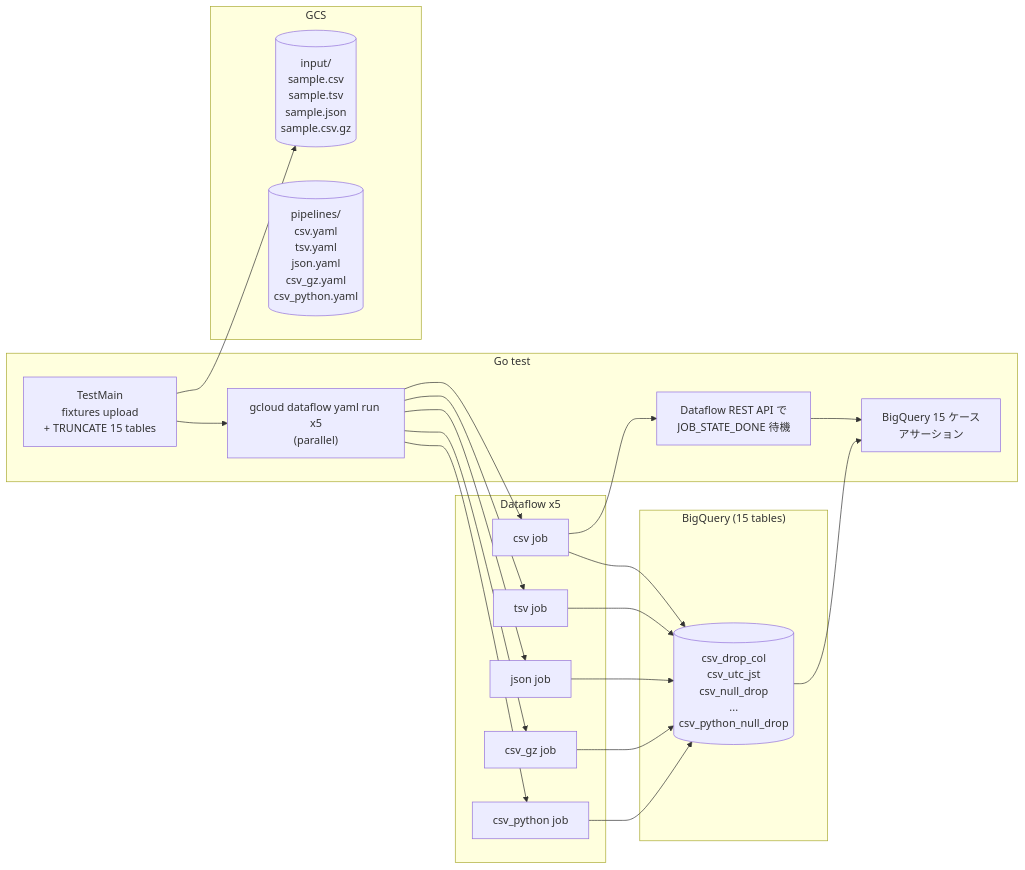
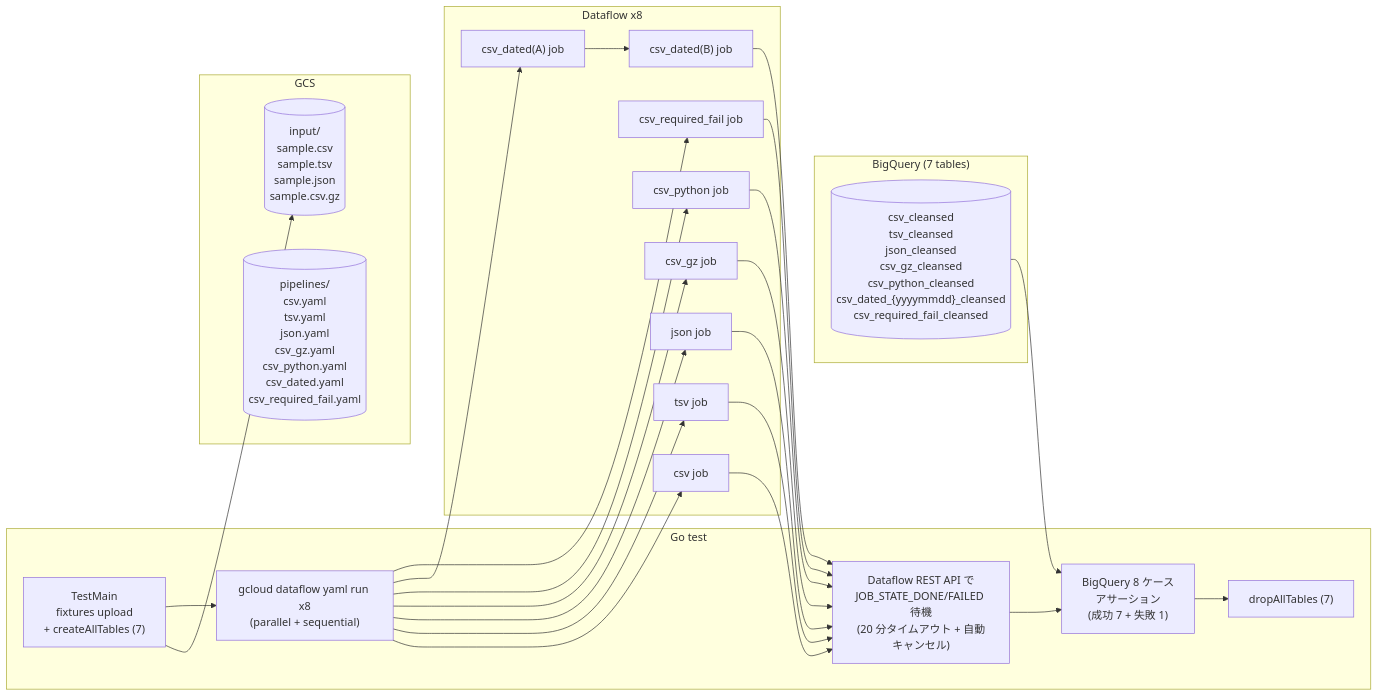
Before and after one commit to katonium/articles: the first of 2 diagrams in articles/dataflow-gcs-to-bq-verification.md, drawn with Mermaid. The commit also changed other lines of this file and 10 other files, not shown here.

````diff
--- a/articles/dataflow-gcs-to-bq-verification.md
+++ b/articles/dataflow-gcs-to-bq-verification.md
@@ -70,42 +83,39 @@
 ```mermaid
 graph LR
   subgraph "Go test"
-    setup["TestMain<br/>fixtures upload<br/>+ TRUNCATE 15 tables"]
-    launch["gcloud dataflow yaml run x5<br/>(parallel)"]
-    wait["Dataflow REST API で<br/>JOB_STATE_DONE 待機"]
-    assert["BigQuery 15 ケース<br/>アサーション"]
+    setup["TestMain<br/>fixtures upload<br/>+ createAllTables (7)"]
+    launch["gcloud dataflow yaml run x8<br/>(parallel + sequential)"]
+    wait["Dataflow REST API で<br/>JOB_STATE_DONE/FAILED 待機<br/>(20 分タイムアウト + 自動キャンセル)"]
+    assert["BigQuery 8 ケース<br/>アサーション<br/>(成功 7 + 失敗 1)"]
+    teardown["dropAllTables (7)"]
   end
 
   subgraph "GCS"
     bucket[("input/<br/>sample.csv<br/>sample.tsv<br/>sample.json<br/>sample.csv.gz")]
-    yamls[("pipelines/<br/>csv.yaml<br/>tsv.yaml<br/>json.yaml<br/>csv_gz.yaml<br/>csv_python.yaml")]
+    yamls[("pipelines/<br/>csv.yaml<br/>tsv.yaml<br/>json.yaml<br/>csv_gz.yaml<br/>csv_python.yaml<br/>csv_dated.yaml<br/>csv_required_fail.yaml")]
   end
 
-  subgraph "Dataflow x5"
+  subgraph "Dataflow x8"
     csv["csv job"]
     tsv["tsv job"]
     json["json job"]
     gz["csv_gz job"]
     py["csv_python job"]
+    dated_a["csv_dated(A) job"]
+    dated_b["csv_dated(B) job"]
+    fail["csv_required_fail job"]
   end
 
-  subgraph "BigQuery (15 tables)"
-    bq[("csv_drop_col<br/>csv_utc_jst<br/>csv_null_drop<br/>...<br/>csv_python_null_drop")]
+  subgraph "BigQuery (7 tables)"
+    bq[("csv_cleansed<br/>tsv_cleansed<br/>json_cleansed<br/>csv_gz_cleansed<br/>csv_python_cleansed<br/>csv_dated_{yyyymmdd}_cleansed<br/>csv_required_fail_cleansed")]
   end
 
   setup --> bucket
   setup --> launch
-  launch --> csv
-  launch --> tsv
-  launch --> json
-  launch --> gz
-  launch --> py
-  csv --> bq
-  tsv --> bq
-  json --> bq
-  gz --> bq
-  py --> bq
-  csv --> wait
+  launch --> csv & tsv & json & gz & py & dated_a & fail
+  dated_a --> dated_b
+  csv & tsv & json & gz & py & dated_b & fail --> wait
   wait --> assert
   bq --> assert
+  assert --> teardown
 ```
````
